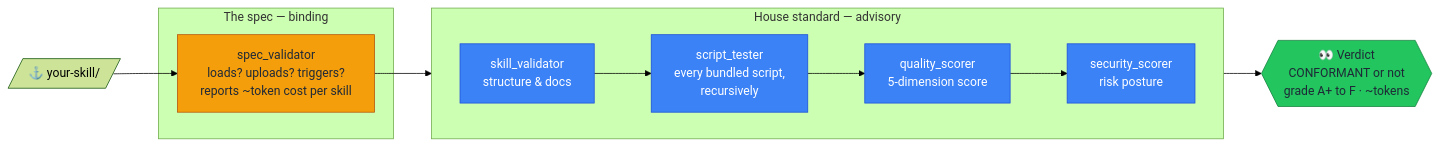
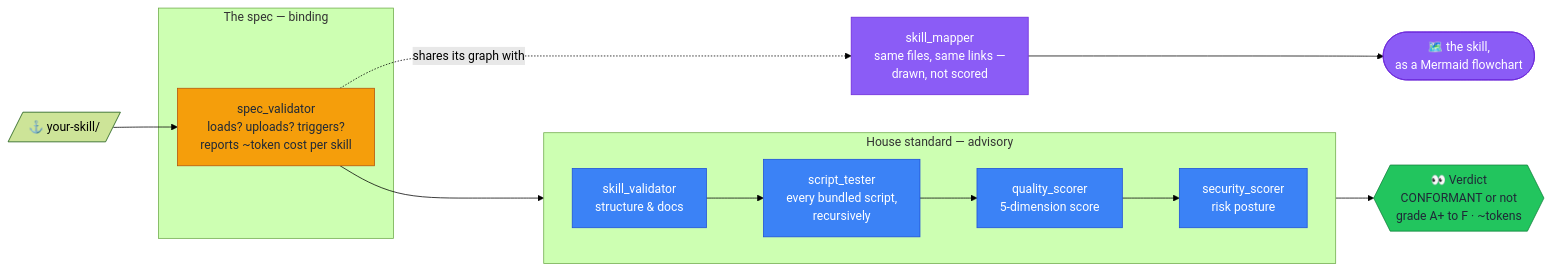
One commit to AlveeeRahman/skill-vision changed the first of 2 diagrams in README.md. Above: the diagram before and after it, drawn with Mermaid (forest theme). The commit also changed other lines of this file and 4 other files, not shown here.

First line of the commit message:
Add skill_mapper.py: draw a skill's file and reference graph as Mermaid

````diff
--- a/README.md
+++ b/README.md
@@ -47,21 +47,25 @@
 ```mermaid
 flowchart LR
     skill[/"⚓ your-skill/"/] --> spec
     subgraph SPEC["The spec — binding"]
         spec["spec_validator<br/>loads? uploads? triggers?<br/>reports ~token cost per skill"]
     end
     subgraph HOUSE["House standard — advisory"]
         direction LR
         house["skill_validator<br/>structure & docs"] --> tester["script_tester<br/>every bundled script,<br/>recursively"]
         tester --> quality["quality_scorer<br/>5-dimension score"]
         quality --> security["security_scorer<br/>risk posture"]
     end
     spec --> house
+    spec -.shares its graph with.-> mapper["skill_mapper<br/>same files, same links —<br/>drawn, not scored"]
     security --> verdict{{"👀 Verdict<br/>CONFORMANT or not<br/>grade A+ to F · ~tokens"}}
+    mapper --> picture(["🗺️ the skill,<br/>as a Mermaid flowchart"])
     classDef specStyle fill:#f59e0b,stroke:#b45309,color:#1f2937
     classDef houseStyle fill:#3b82f6,stroke:#1d4ed8,color:#ffffff
     classDef verdictStyle fill:#22c55e,stroke:#15803d,color:#1f2937
+    classDef mapStyle fill:#8b5cf6,stroke:#6d28d9,color:#ffffff
     class spec specStyle
     class house,tester,quality,security houseStyle
     class verdict verdictStyle
+    class mapper,picture mapStyle
 ```
````
